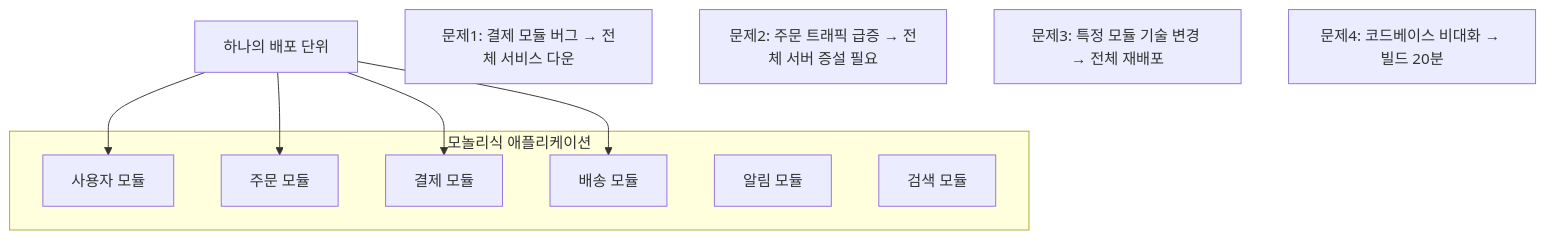
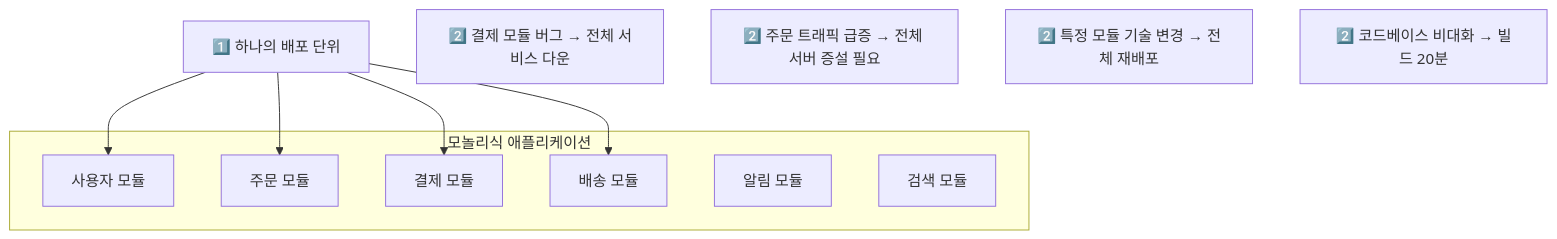
One commit to yjkim2015/yjkim2015.github.io changed the first of 15 diagrams in _posts/architecture/2026-05-02-msa-deep.md. Above: the diagram before and after it, drawn with Mermaid. The commit also changed other lines of this file and 92 other files, not shown here.

First line of the commit message:
Major quality rewrite: 98 files, Mermaid fix, extreme-scenario component

````diff
--- a/_posts/architecture/2026-05-02-msa-deep.md
+++ b/_posts/architecture/2026-05-02-msa-deep.md
@@ -20,21 +22,21 @@
 ```mermaid
 graph TD
     subgraph "모놀리식 애플리케이션"
         UserModule["사용자 모듈"]
         OrderModule["주문 모듈"]
         PaymentModule["결제 모듈"]
         DeliveryModule["배송 모듈"]
         NotifyModule["알림 모듈"]
         SearchModule["검색 모듈"]
     end
 
-    AllModules["하나의 배포 단위"] --> UserModule
+    AllModules["1️⃣ 하나의 배포 단위"] --> UserModule
     AllModules --> OrderModule
     AllModules --> PaymentModule
     AllModules --> DeliveryModule
 
-    P1["문제1: 결제 모듈 버그 → 전체 서비스 다운"]
-    P2["문제2: 주문 트래픽 급증 → 전체 서버 증설 필요"]
-    P3["문제3: 특정 모듈 기술 변경 → 전체 재배포"]
-    P4["문제4: 코드베이스 비대화 → 빌드 20분"]
+    P1["2️⃣ 결제 모듈 버그 → 전체 서비스 다운"]
+    P2["2️⃣ 주문 트래픽 급증 → 전체 서버 증설 필요"]
+    P3["2️⃣ 특정 모듈 기술 변경 → 전체 재배포"]
+    P4["2️⃣ 코드베이스 비대화 → 빌드 20분"]
 ```
````
